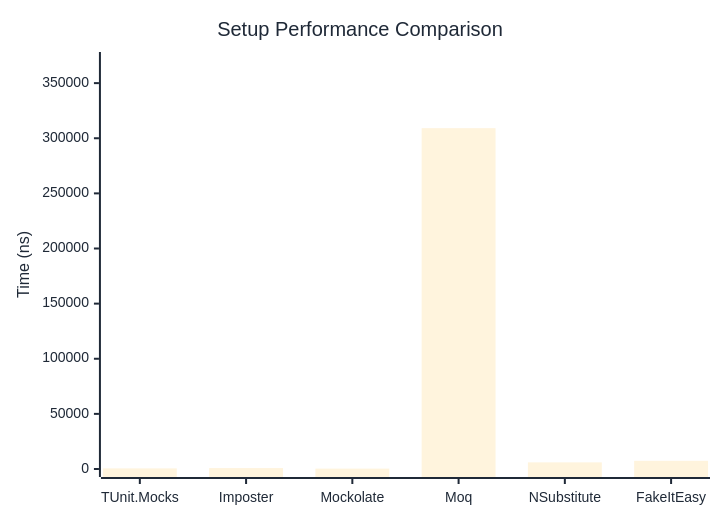
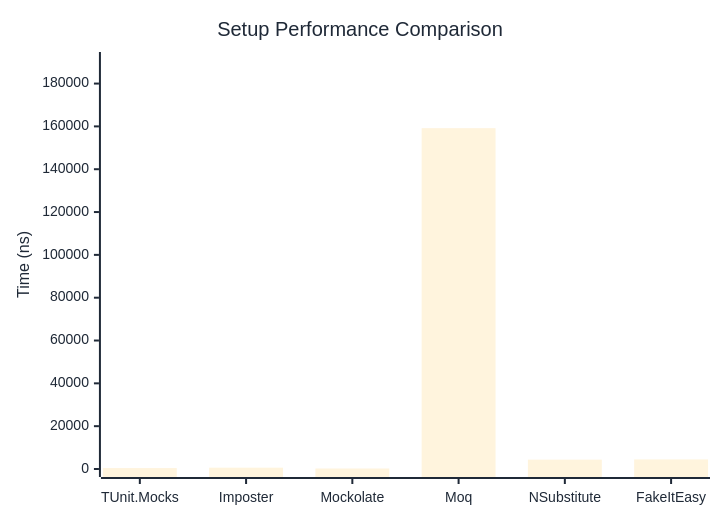
Before and after one commit to thomhurst/TUnit: the first of 2 diagrams in docs/docs/benchmarks/mocks/Setup.md, drawn with Mermaid. The commit also changed other lines of this file and 14 other files, not shown here.

````diff
--- a/docs/docs/benchmarks/mocks/Setup.md
+++ b/docs/docs/benchmarks/mocks/Setup.md
@@ -30,27 +30,27 @@
 ```mermaid
 %%{init: {
   'theme':'base',
   'themeVariables': {
     'primaryColor': '#2563eb',
     'primaryTextColor': '#1f2937',
     'primaryBorderColor': '#1e40af',
     'lineColor': '#6b7280',
     'secondaryColor': '#7c3aed',
     'tertiaryColor': '#dc2626',
     'background': '#ffffff',
     'pie1': '#2563eb',
     'pie2': '#7c3aed',
     'pie3': '#dc2626',
     'pie4': '#f59e0b',
     'pie5': '#10b981',
     'pie6': '#06b6d4',
     'pie7': '#ec4899',
     'pie8': '#6366f1'
   }
 }}%%
 xychart-beta
   title "Setup Performance Comparison"
   x-axis ["TUnit.Mocks", "Imposter", "Mockolate", "Moq", "NSubstitute", "FakeItEasy"]
-  y-axis "Time (ns)" 0 --> 370978
-  bar [564.5, 843.8, 355.3, 309148.1, 6016.9, 7421.2]
+  y-axis "Time (ns)" 0 --> 191007
+  bar [430.7, 618.2, 235.9, 159172, 4368.7, 4468.8]
 ```
````
